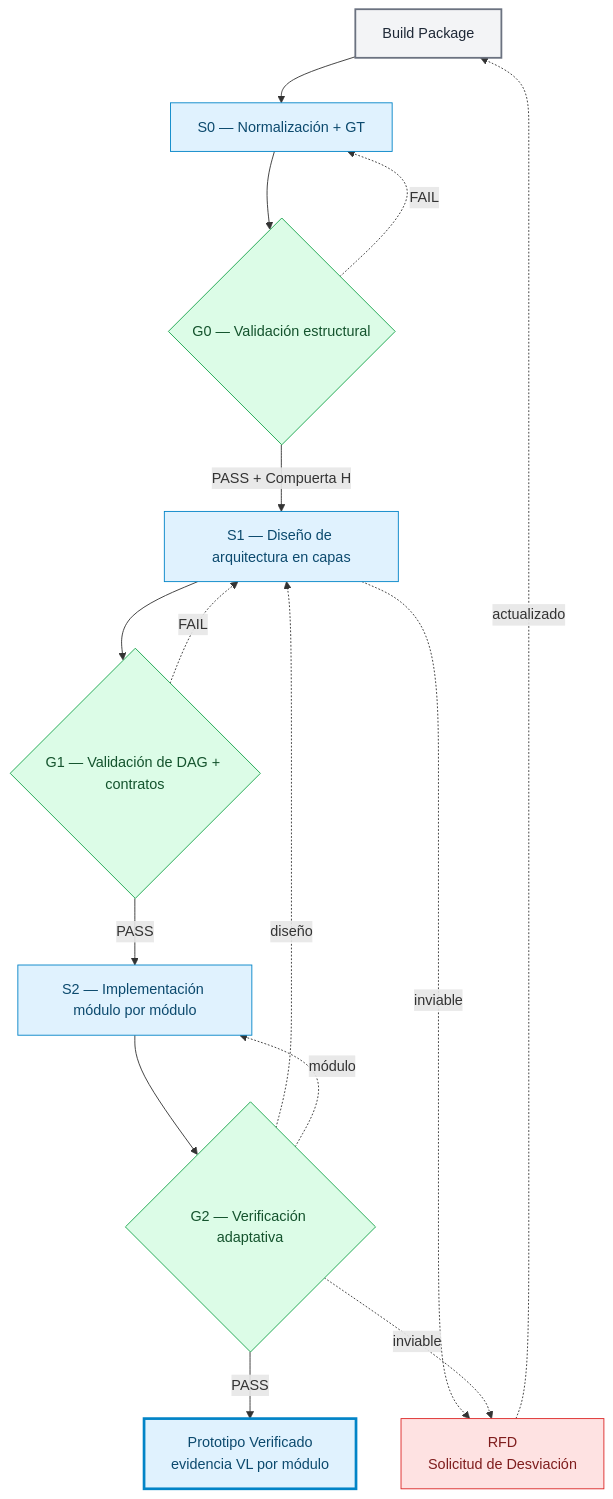
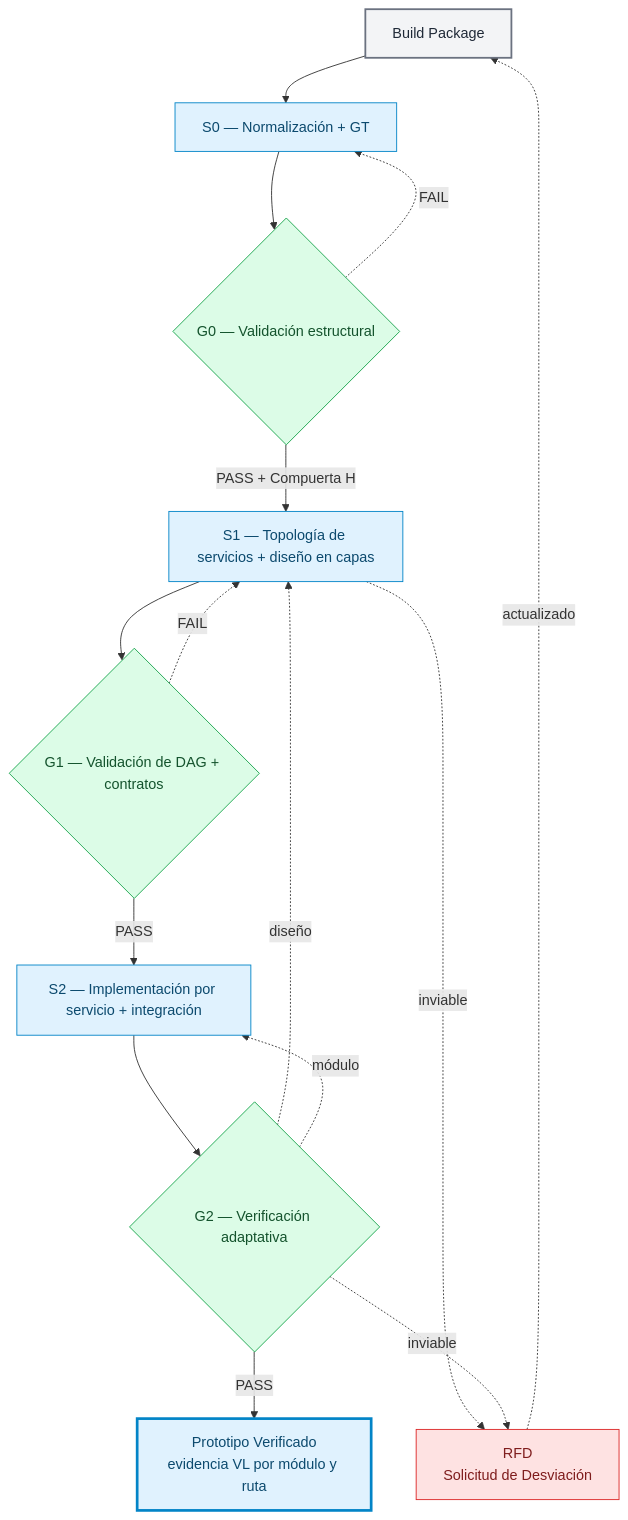
One commit to dramirezbe/codeanvil-gcpds changed the second of 11 diagrams in methodology/V-SIL-v3/V-SIL_v3-spa.md. Above: the diagram before and after it, drawn with Mermaid. The commit also changed other lines of this file and 3 other files, not shown here.

````diff
--- a/methodology/V-SIL-v3/V-SIL_v3-spa.md
+++ b/methodology/V-SIL-v3/V-SIL_v3-spa.md
@@ -51,35 +51,35 @@
 ```mermaid
 flowchart TD
     classDef stage fill:#e0f2fe,stroke:#0284c7,color:#0c4a6e
     classDef gate fill:#dcfce7,stroke:#16a34a,color:#14532d
     classDef terminal fill:#e0f2fe,stroke:#0284c7,color:#0c4a6e,stroke-width:3px
     classDef input fill:#f3f4f6,stroke:#6b7280,color:#1f2937,stroke-width:2px
     classDef rfd fill:#fee2e2,stroke:#dc2626,color:#7f1d1d
 
     BP["Build Package"]:::input
     S0["S0 — Normalización + GT"]:::stage
     G0{"G0 — Validación estructural"}:::gate
-    S1["S1 — Diseño de arquitectura en capas"]:::stage
+    S1["S1 — Topología de servicios + diseño en capas"]:::stage
     G1{"G1 — Validación de DAG + contratos"}:::gate
-    S2["S2 — Implementación módulo por módulo"]:::stage
+    S2["S2 — Implementación por servicio + integración"]:::stage
     G2{"G2 — Verificación adaptativa"}:::gate
-    T["Prototipo Verificado<br/>evidencia VL por módulo"]:::terminal
+    T["Prototipo Verificado<br/>evidencia VL por módulo y ruta"]:::terminal
     RFD["RFD<br/>Solicitud de Desviación"]:::rfd
 
     BP --> S0
     S0 --> G0
     G0 -->|PASS + Compuerta H| S1
     S1 --> G1
     G1 -->|PASS| S2
     S2 --> G2
     G2 -->|PASS| T
 
     G0 -.->|FAIL| S0
     G1 -.->|FAIL| S1
     G2 -.->|diseño| S1
     G2 -.->|módulo| S2
 
     S1 -.->|inviable| RFD
     G2 -.->|inviable| RFD
     RFD -.->|actualizado| BP
 ```
````
